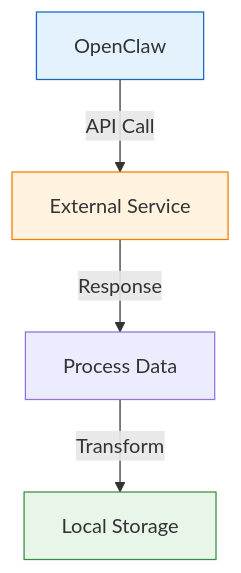
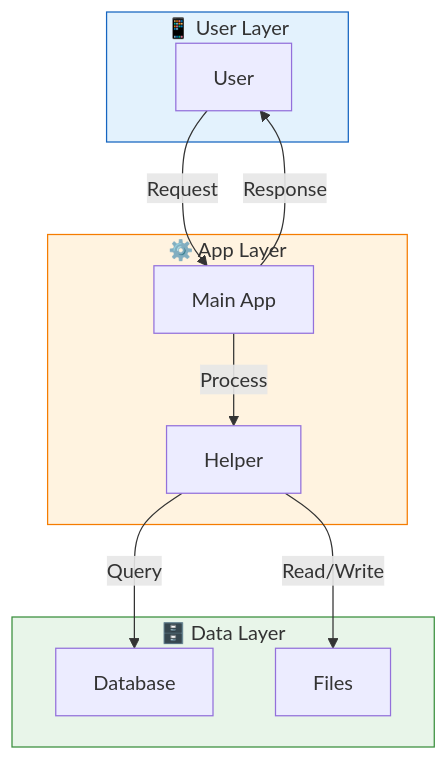
One commit to fanani-radian/openclaw-sumopod changed the third of 3 diagrams in docs/auto-generated/integrating-external-services-with-openclaw-2026-03-15.md. Above: the diagram before and after it, drawn with Mermaid. The commit also changed other lines of this file and 3 other files, not shown here.

Commit message:
auto: Indonesian tutorials + colorful Mermaid diagrams - March 15, 2026

````diff
--- a/docs/auto-generated/integrating-external-services-with-openclaw-2026-03-15.md
+++ b/docs/auto-generated/integrating-external-services-with-openclaw-2026-03-15.md
@@ -37,10 +67,26 @@
 ```mermaid
-flowchart TD
-    A["OpenClaw"] -->|API Call| B["External Service"]
-    B -->|Response| C["Process Data"]
-    C -->|Transform| D["Local Storage"]
+flowchart TB
+    subgraph Layer1["📱 User Layer"]
+        U1["User"]
+    end
     
-    style A fill:#e3f2fd,stroke:#1565c0
-    style B fill:#fff3e0,stroke:#f57c00
-    style D fill:#e8f5e9,stroke:#388e3c
+    subgraph Layer2["⚙️ App Layer"]
+        A1["Main App"]
+        A2["Helper"]
+    end
+    
+    subgraph Layer3["🗄️ Data Layer"]
+        D1["Database"]
+        D2["Files"]
+    end
+    
+    U1 -->|Request| A1
+    A1 -->|Process| A2
+    A2 -->|Query| D1
+    A2 -->|Read/Write| D2
+    A1 -->|Response| U1
+    
+    style Layer1 fill:#e3f2fd,stroke:#1565c0
+    style Layer2 fill:#fff3e0,stroke:#f57c00
+    style Layer3 fill:#e8f5e9,stroke:#388e3c
 ```
````
